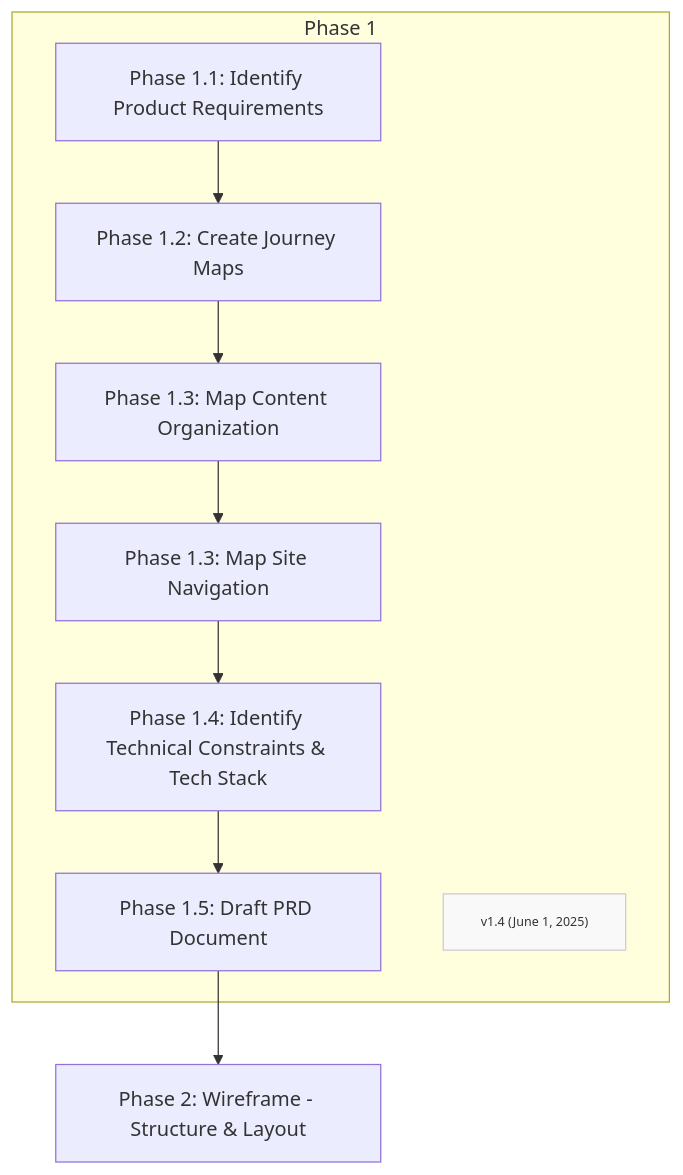
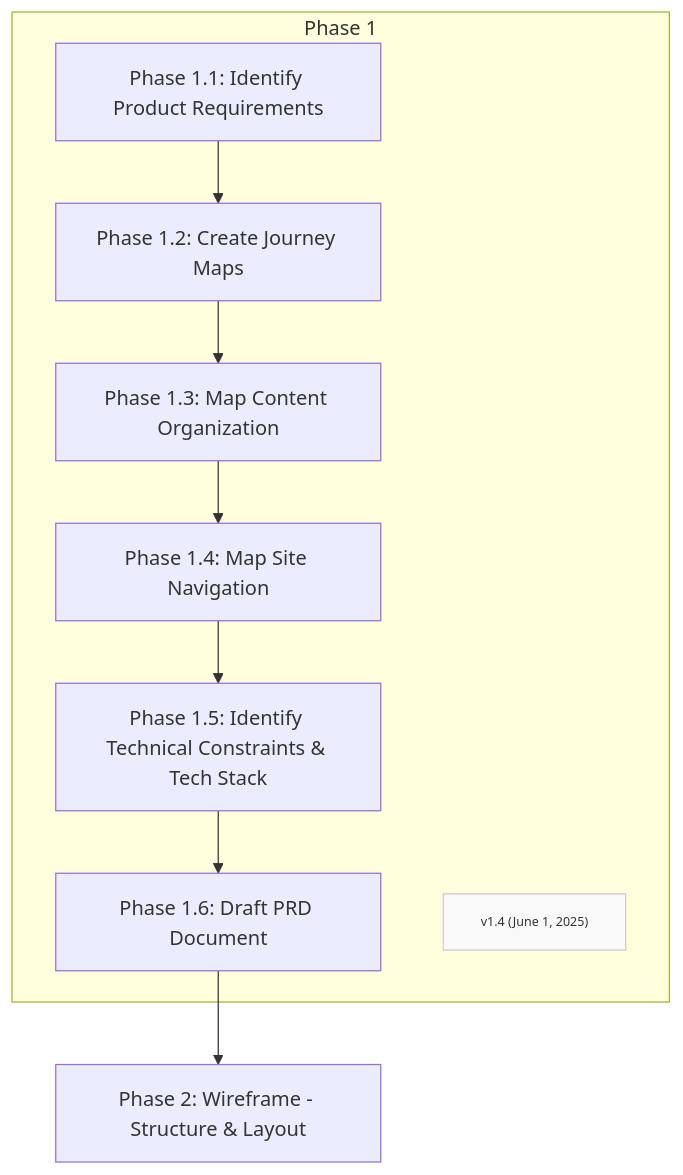
One commit to Mharbulous/Front-First-Method changed the diagram in Method/FF-phase1.md. Above: the diagram before and after it, drawn with Mermaid. The commit also changed 5 other files, not shown here.

````diff
--- a/Method/FF-phase1.md
+++ b/Method/FF-phase1.md
@@ -1,16 +1,16 @@
 ```mermaid
 graph TD
     
     subgraph Phase1["Phase 1"]
         Phase1_1["Phase 1.1: Identify Product Requirements"] --> Phase1_2["Phase 1.2: Create Journey Maps"]
         Phase1_2 --> Phase1_3["Phase 1.3: Map Content Organization"]
-        Phase1_3 --> Phase1_4["Phase 1.3: Map Site Navigation"]
-        Phase1_4 --> Phase1_5["Phase 1.4: Identify Technical Constraints & Tech Stack"]
-        Phase1_5 --> Phase1_6["Phase 1.5: Draft PRD Document"]
+        Phase1_3 --> Phase1_4["Phase 1.4: Map Site Navigation"]
+        Phase1_4 --> Phase1_5["Phase 1.5: Identify Technical Constraints & Tech Stack"]
+        Phase1_5 --> Phase1_6["Phase 1.6: Draft PRD Document"]
         Version["v1.4 (June 1, 2025)"]
         classDef version fill:#f9f9f9,stroke:#ccc,font-size:10px
         class Version version
     end
 
 Phase1_6 --> Phase2["Phase 2: Wireframe - Structure & Layout"]
 ```
````
